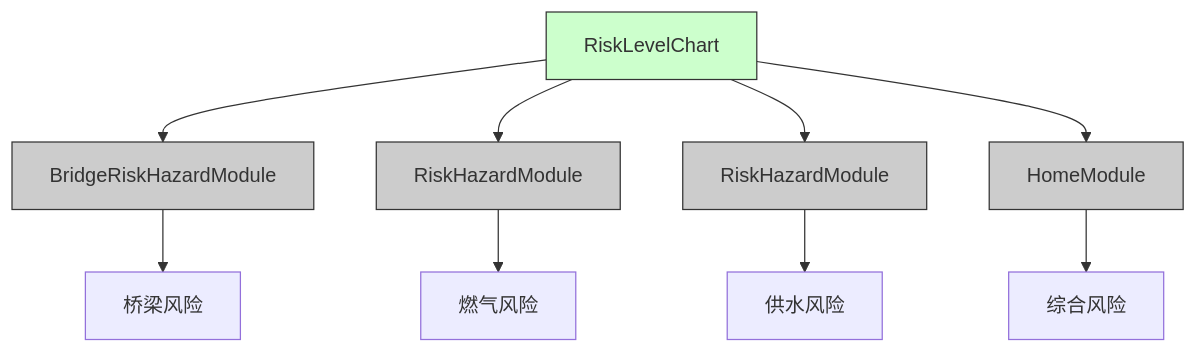
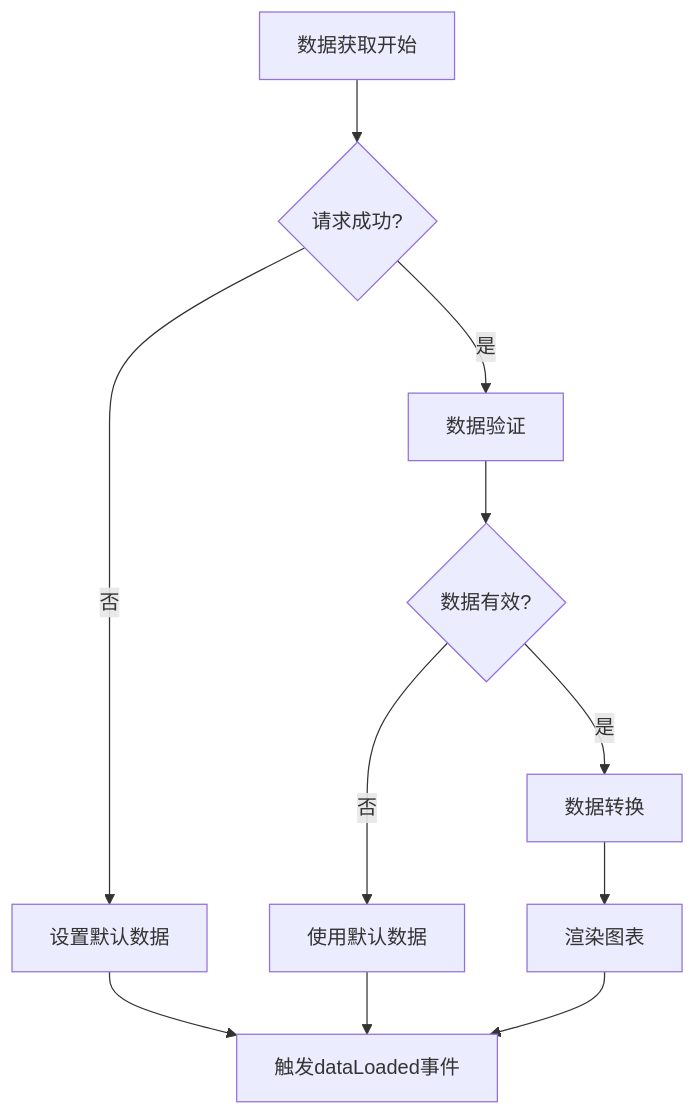
The eighth of 13 diagrams in .qoder/repowiki/zh/content/核心组件架构/风险等级图表组件.md (zhibo1997/government-dashboard), drawn with Mermaid before and after one commit. The commit also changed other lines of this file and 28 other files, not shown here.

````diff
--- a/.qoder/repowiki/zh/content/核心组件架构/风险等级图表组件.md
+++ b/.qoder/repowiki/zh/content/核心组件架构/风险等级图表组件.md
@@ -210,16 +303,13 @@
 ```mermaid
-graph TD
-A[RiskLevelChart] --> B[BridgeRiskHazardModule]
-A --> C[RiskHazardModule]
-A --> D[RiskHazardModule]
-A --> E[HomeModule]
-B --> F[桥梁风险]
-C --> G[燃气风险]
-D --> H[供水风险]
-E --> I[综合风险]
-style A fill:#cfc,stroke:#333
-style B fill:#ccc,stroke:#333
-style C fill:#ccc,stroke:#333
-style D fill:#ccc,stroke:#333
-style E fill:#ccc,stroke:#333
+flowchart TD
+A[数据获取开始] --> B{请求成功?}
+B --> |否| C[设置默认数据]
+B --> |是| D[数据验证]
+D --> E{数据有效?}
+E --> |否| F[使用默认数据]
+E --> |是| G[数据转换]
+G --> H[渲染图表]
+C --> I[触发dataLoaded事件]
+F --> I
+H --> I
 ```
````
